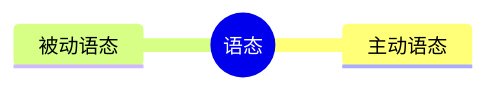
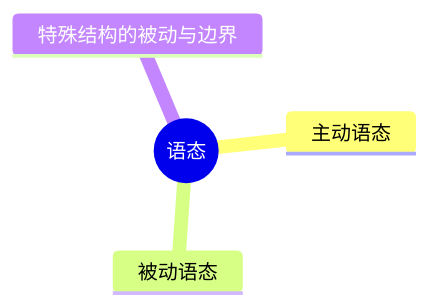
Before and after one commit to FitzLeewenlei/grammar: the fifth of 11 diagrams in grammar-mindmaps.md, drawn with Mermaid. The commit also changed other lines of this file and 15 other files, not shown here.

````diff
--- a/grammar-mindmaps.md
+++ b/grammar-mindmaps.md
@@ -91,6 +118,7 @@
 ```mermaid
 mindmap
   root((语态))
     主动语态
     被动语态
+    特殊结构的被动与边界
 ```
````
